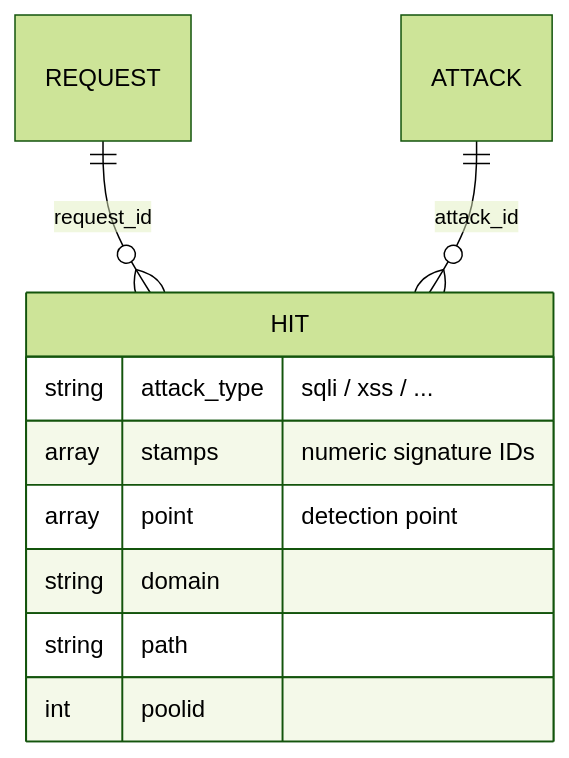
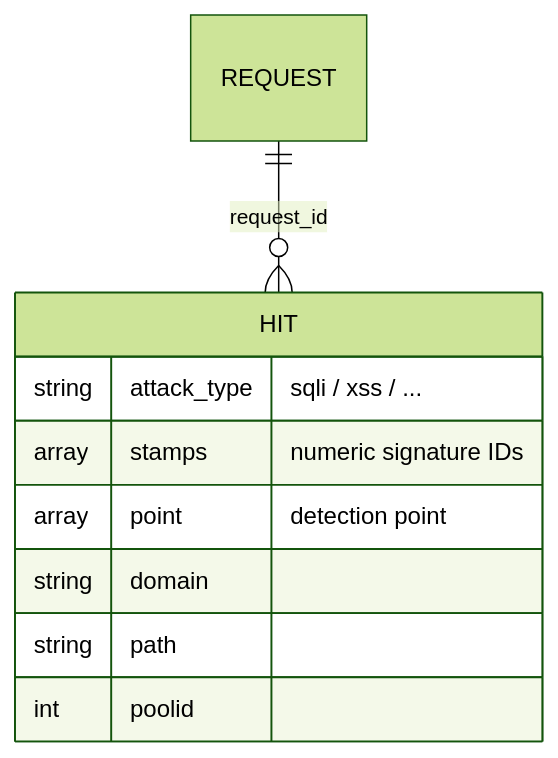
Before and after one commit to wallarm/terraform-provider-wallarm: the diagram in references/hits.md, drawn with Mermaid (forest theme). The commit also changed other lines of this file, not shown here.

Commit message:
Drop attack_id and campaigns from the hits reference model

````diff
--- a/references/hits.md
+++ b/references/hits.md
@@ -18,13 +18,12 @@
 ```mermaid
 erDiagram
   REQUEST ||--o{ HIT : "request_id"
-  ATTACK  ||--o{ HIT : "attack_id"
   HIT {
     string attack_type "sqli / xss / ..."
     array  stamps "numeric signature IDs"
     array  point "detection point"
     string domain
     string path
     int    poolid
   }
 ```
````
